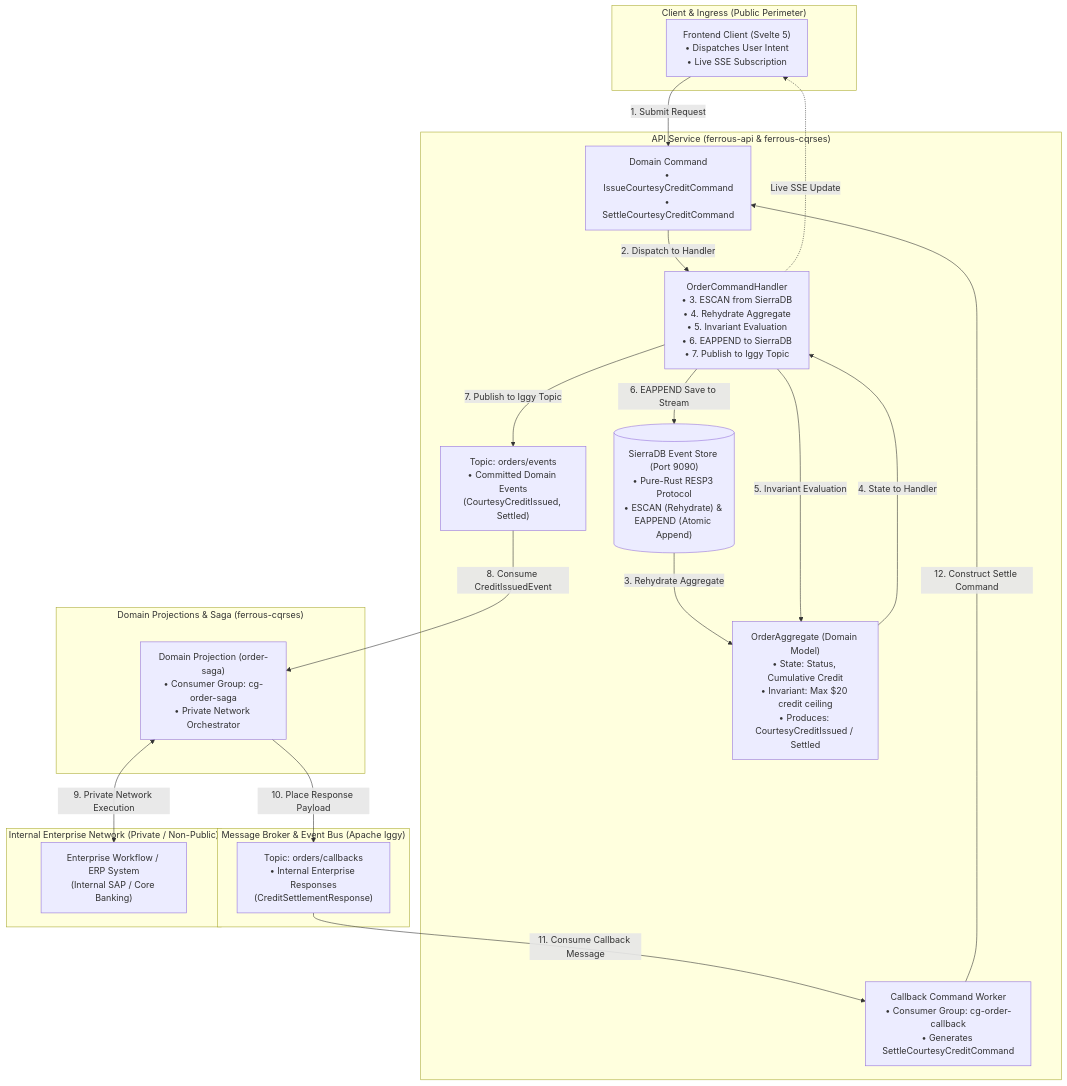
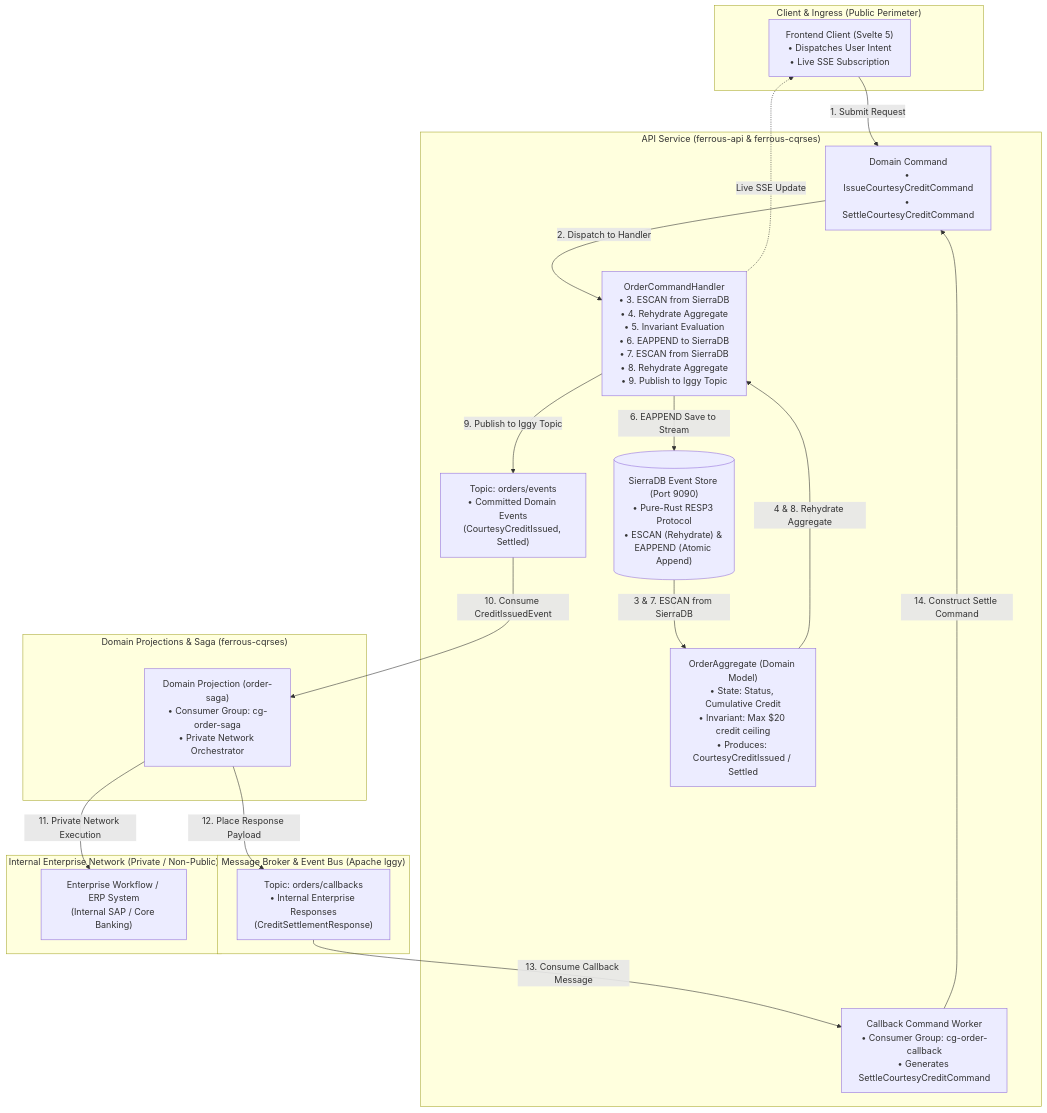
One commit to reidlai/ferrous-cx changed the first of 2 diagrams in README.md. Above: the diagram before and after it, drawn with Mermaid.

Commit message:
docs(architecture): refine API_Tier ESCAN/Rehydrate steps and subgraph alignment in README

````diff
--- a/README.md
+++ b/README.md
@@ -42,49 +42,53 @@
 ```mermaid
 flowchart TD
     subgraph Client_Tier ["Client & Ingress (Public Perimeter)"]
         Client["Frontend Client (Svelte 5)<br/>• Dispatches User Intent<br/>• Live SSE Subscription"]
     end
 
     subgraph API_Tier ["API Service (ferrous-api & ferrous-cqrses)"]
         Command["Domain Command<br/>• IssueCourtesyCreditCommand<br/>• SettleCourtesyCreditCommand"]
-        CommandHandler["OrderCommandHandler<br/>• 3. ESCAN from SierraDB<br/>• 4. Rehydrate Aggregate<br/>• 5. Invariant Evaluation<br/>• 6. EAPPEND to SierraDB<br/>• 7. Publish to Iggy Topic"]
+        CommandHandler["OrderCommandHandler<br/>• 3. ESCAN from SierraDB<br/>• 4. Rehydrate Aggregate<br/>• 5. Invariant Evaluation<br/>• 6. EAPPEND to SierraDB<br/>• 7. ESCAN from SierraDB<br/>• 8. Rehydrate Aggregate<br/>• 9. Publish to Iggy Topic"]
         Aggregate["OrderAggregate (Domain Model)<br/>• State: Status, Cumulative Credit<br/>• Invariant: Max $20 credit ceiling<br/>• Produces: CourtesyCreditIssued / Settled"]
         CallbackWorker["Callback Command Worker<br/>• Consumer Group: cg-order-callback<br/>• Generates SettleCourtesyCreditCommand"]
         SierraDB[("SierraDB Event Store (Port 9090)<br/>• Pure-Rust RESP3 Protocol<br/>• ESCAN (Rehydrate) & EAPPEND (Atomic Append)")]
 
         Command -->|"2. Dispatch to Handler"| CommandHandler
-        SierraDB -->|"3. Rehydrate Aggregate"| Aggregate        
-        Aggregate -->|"4. State to Handler"| CommandHandler
-        CommandHandler -->|"5. Invariant Evaluation"| Aggregate
+        SierraDB -->|"3 & 7. ESCAN from SierraDB"| Aggregate
+        Aggregate -->|"4 & 8. Rehydrate Aggregate"| CommandHandler
         CommandHandler -->|"6. EAPPEND Save to Stream"| SierraDB
-        CommandHandler -->|"7. Publish to Iggy Topic"| IggyEvents
+        CommandHandler -->|"9. Publish to Iggy Topic"| IggyEvents
     end
 
     subgraph Streaming_Fabric ["Message Broker & Event Bus (Apache Iggy)"]
         IggyEvents["Topic: orders/events<br/>• Committed Domain Events<br/>(CourtesyCreditIssued, Settled)"]
         IggyCallbacks["Topic: orders/callbacks<br/>• Internal Enterprise Responses<br/>(CreditSettlementResponse)"]
     end
 
     subgraph Projection_Tier ["Domain Projections & Saga (ferrous-cqrses)"]
         DomainProjection["Domain Projection (order-saga)<br/>• Consumer Group: cg-order-saga<br/>• Private Network Orchestrator"]
     end
 
     subgraph Enterprise_Tier ["Internal Enterprise Network (Private / Non-Public)"]
         EnterpriseWorkflow["Enterprise Workflow / ERP System<br/>(Internal SAP / Core Banking)"]
-    end
+    end        
+
+    Client_Tier ~~~ API_Tier
+    API_Tier ~~~ Streaming_Fabric
+    Streaming_Fabric ~~~ Projection_Tier
+    Projection_Tier ~~~ Enterprise_Tier    
 
     %% Step 1: User Command Ingestion
     Client -->|"1. Submit Request"| Command
     CommandHandler -.->|"Live SSE Update"| Client
 
     %% Step 2: Domain Projection Consumption
-    IggyEvents -->|"8. Consume CreditIssuedEvent"| DomainProjection
-    DomainProjection <-->|"9. Private Network Execution"| EnterpriseWorkflow
+    IggyEvents -->|"10. Consume CreditIssuedEvent"| DomainProjection
+    DomainProjection -->|"11. Private Network Execution"| EnterpriseWorkflow
 
     %% Step 3: Callback Queue Placement
-    DomainProjection -->|"10. Place Response Payload"| IggyCallbacks
+    DomainProjection -->|"12. Place Response Payload"| IggyCallbacks
 
     %% Step 4: Callback to Command Loop
-    IggyCallbacks -->|"11. Consume Callback Message"| CallbackWorker
-    CallbackWorker -->|"12. Construct Settle Command"| Command
+    IggyCallbacks -->|"13. Consume Callback Message"| CallbackWorker
+    CallbackWorker -->|"14. Construct Settle Command"| Command
 ```
````
